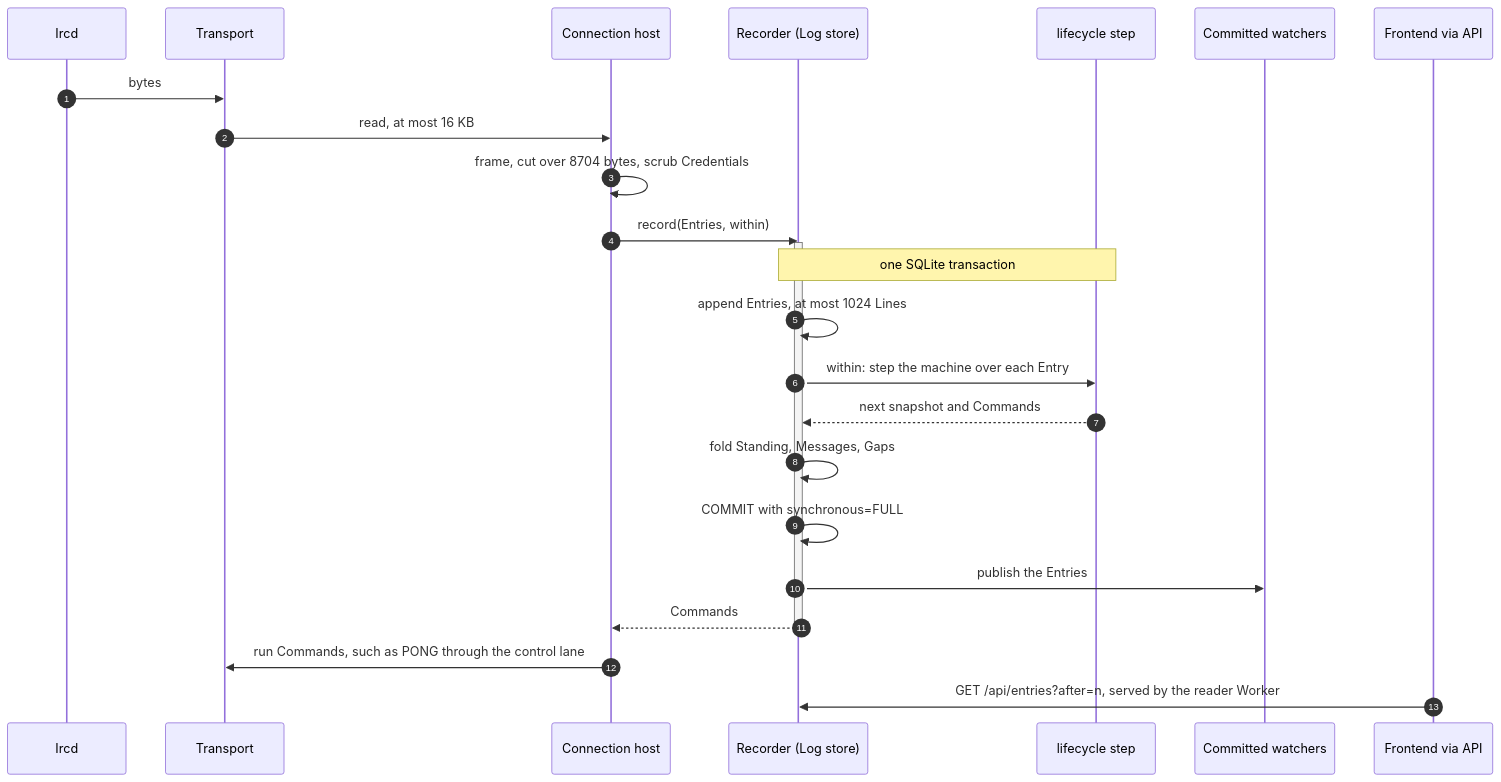
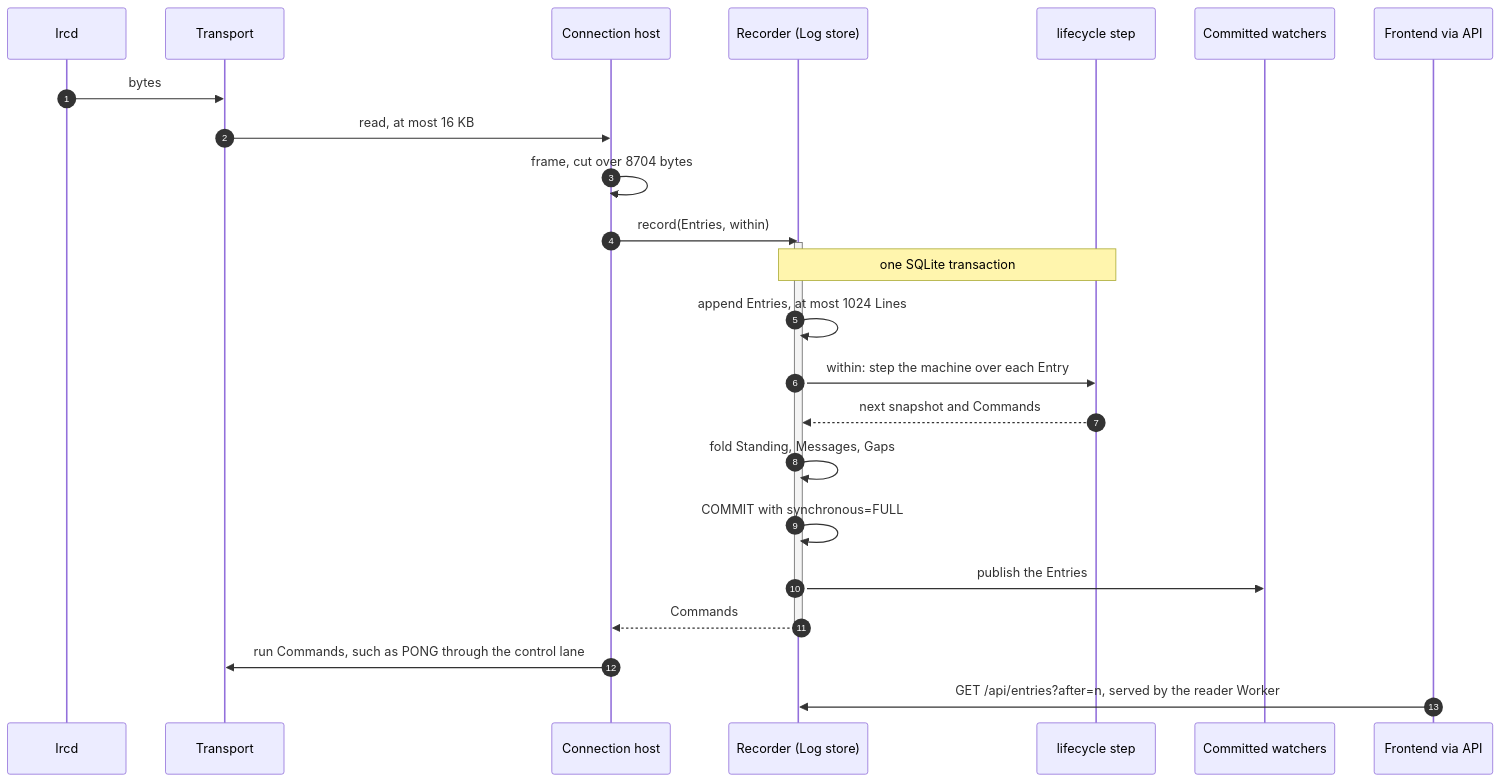
The second of 5 diagrams in docs/architecture.md (deankerr/iirc), drawn with Mermaid before and after one commit. The commit also changed other lines of this file and 29 other files, not shown here.

````diff
--- a/docs/architecture.md
+++ b/docs/architecture.md
@@ -81,27 +81,27 @@
 ```mermaid
 sequenceDiagram
   autonumber
   participant Ircd
   participant T as Transport
   participant H as Connection host
   participant R as Recorder (Log store)
   participant M as lifecycle step
   participant W as Committed watchers
   participant F as Frontend via API
   Ircd->>T: bytes
   T->>H: read, at most 16 KB
-  H->>H: frame, cut over 8704 bytes, scrub Credentials
+  H->>H: frame, cut over 8704 bytes
   H->>R: record(Entries, within)
   activate R
   Note over R,M: one SQLite transaction
   R->>R: append Entries, at most 1024 Lines
   R->>M: within: step the machine over each Entry
   M-->>R: next snapshot and Commands
   R->>R: fold Standing, Messages, Gaps
   R->>R: COMMIT with synchronous=FULL
   R->>W: publish the Entries
   R-->>H: Commands
   deactivate R
   H->>T: run Commands, such as PONG through the control lane
   F->>R: GET /api/entries?after=n, served by the reader Worker
 ```
````
